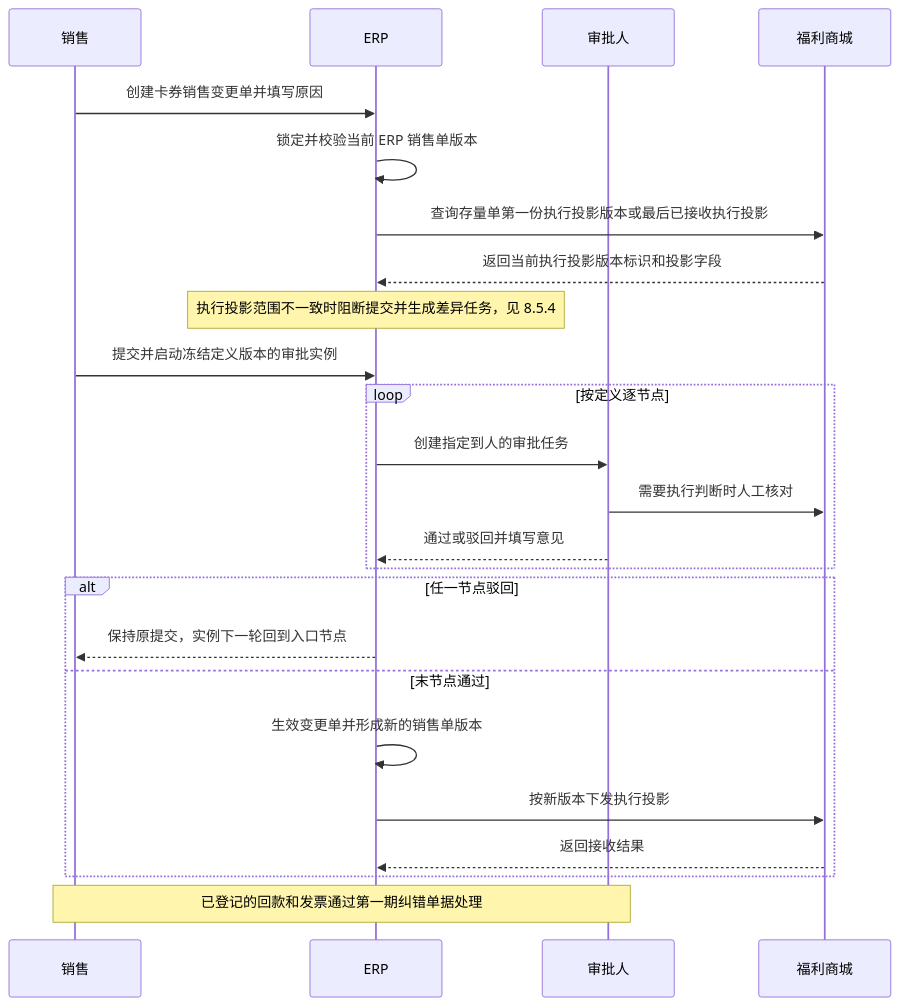
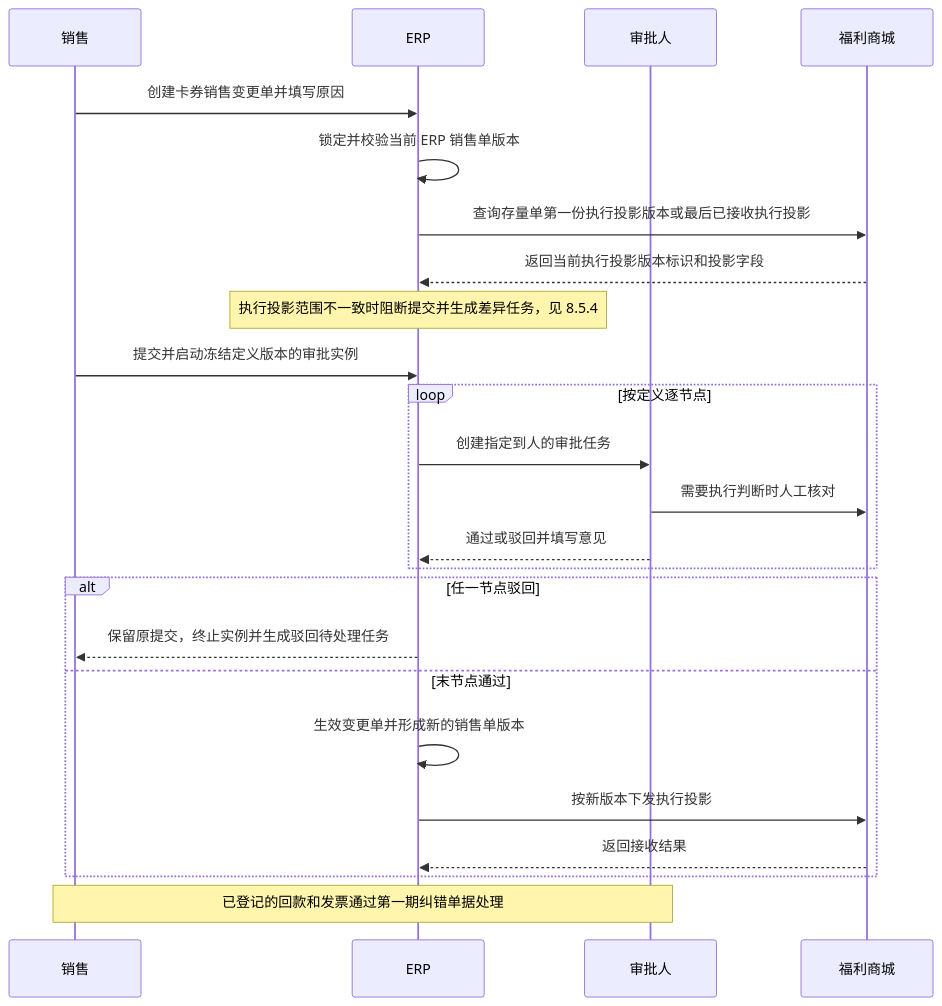
Before and after one commit to mztlive/erp: the third of 4 diagrams in docs/erp-phase-2.md, drawn with Mermaid. The commit also changed other lines of this file and 329 other files, not shown here.

````diff
--- a/docs/erp-phase-2.md
+++ b/docs/erp-phase-2.md
@@ -544,27 +544,27 @@
 ```mermaid
 sequenceDiagram
   participant 销售
   participant ERP
   participant 审批人
   participant 商城 as 福利商城
 
   销售->>ERP: 创建卡券销售变更单并填写原因
   ERP->>ERP: 锁定并校验当前 ERP 销售单版本
   ERP->>商城: 查询存量单第一份执行投影版本或最后已接收执行投影
   商城-->>ERP: 返回当前执行投影版本标识和投影字段
   Note over ERP: 执行投影范围不一致时阻断提交并生成差异任务，见 8.5.4
   销售->>ERP: 提交并启动冻结定义版本的审批实例
   loop 按定义逐节点
     ERP->>审批人: 创建指定到人的审批任务
     审批人->>商城: 需要执行判断时人工核对
     审批人-->>ERP: 通过或驳回并填写意见
   end
   alt 任一节点驳回
-    ERP-->>销售: 保持原提交，实例下一轮回到入口节点
+    ERP-->>销售: 保留原提交，终止实例并生成驳回待处理任务
   else 末节点通过
     ERP->>ERP: 生效变更单并形成新的销售单版本
     ERP->>商城: 按新版本下发执行投影
     商城-->>ERP: 返回接收结果
   end
   Note over 销售,审批人: 已登记的回款和发票通过第一期纠错单据处理
 ```
````
